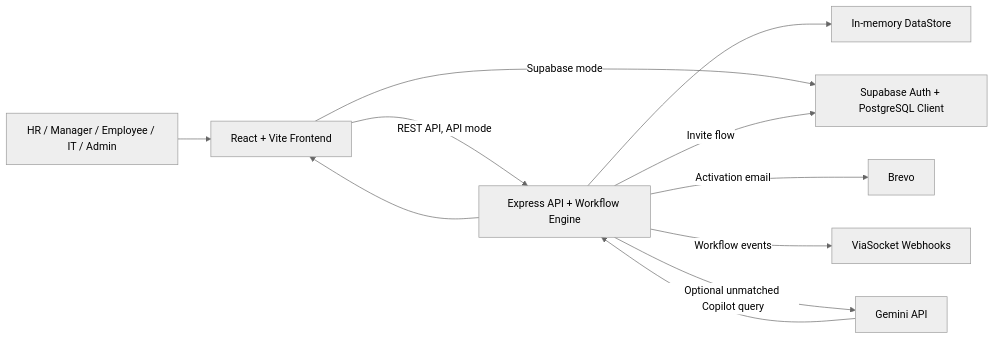
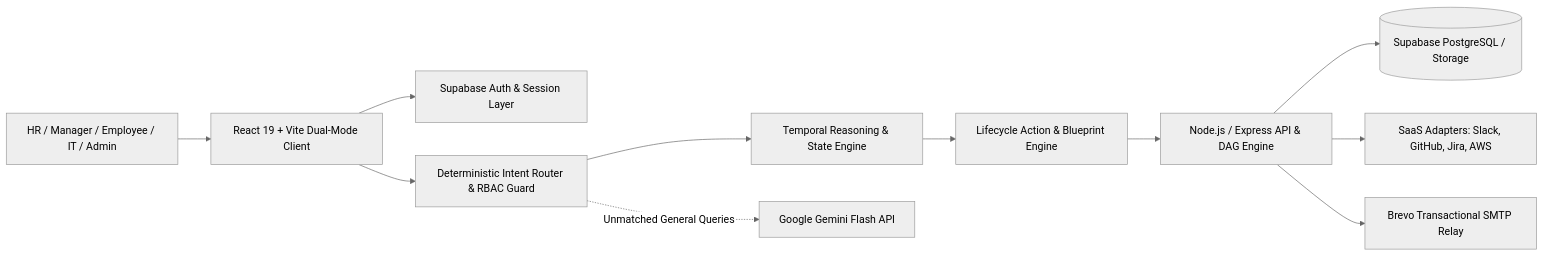
The diagram in JUDGING_REPORT.md (Somil-Jain24/OnboardOS), drawn with Mermaid (neutral theme) before and after one commit. The commit also changed other lines of this file, not shown here.

````diff
--- a/JUDGING_REPORT.md
+++ b/JUDGING_REPORT.md
@@ -17,13 +21,13 @@
 ```mermaid
 flowchart LR
-    U[HR / Manager / Employee / IT / Admin] --> F[React + Vite Frontend]
-    F -->|REST API, API mode| A[Express API + Workflow Engine]
-    A --> M[In-memory DataStore]
-    F -->|Supabase mode| S[Supabase Auth + PostgreSQL Client]
-    A -->|Invite flow| S
-    A -->|Activation email| B[Brevo]
-    A -->|Workflow events| V[ViaSocket Webhooks]
-    A -->|Optional unmatched Copilot query| G[Gemini API]
-    G --> A
-    A --> F
+    User[HR / Manager / Employee / IT / Admin] --> Frontend[React 19 + Vite Dual-Mode Client]
+    Frontend --> Auth[Supabase Auth & Session Layer]
+    Frontend --> Router[Deterministic Intent Router & RBAC Guard]
+    Router --> Temporal[Temporal Reasoning & State Engine]
+    Temporal --> Lifecycle[Lifecycle Action & Blueprint Engine]
+    Lifecycle --> Backend[Node.js / Express API & DAG Engine]
+    Backend --> DB[(Supabase PostgreSQL / Storage)]
+    Backend --> Adapters[SaaS Adapters: Slack, GitHub, Jira, AWS]
+    Backend --> Email[Brevo Transactional SMTP Relay]
+    Router -.->|Unmatched General Queries| Gemini[Google Gemini Flash API]
 ```
````
